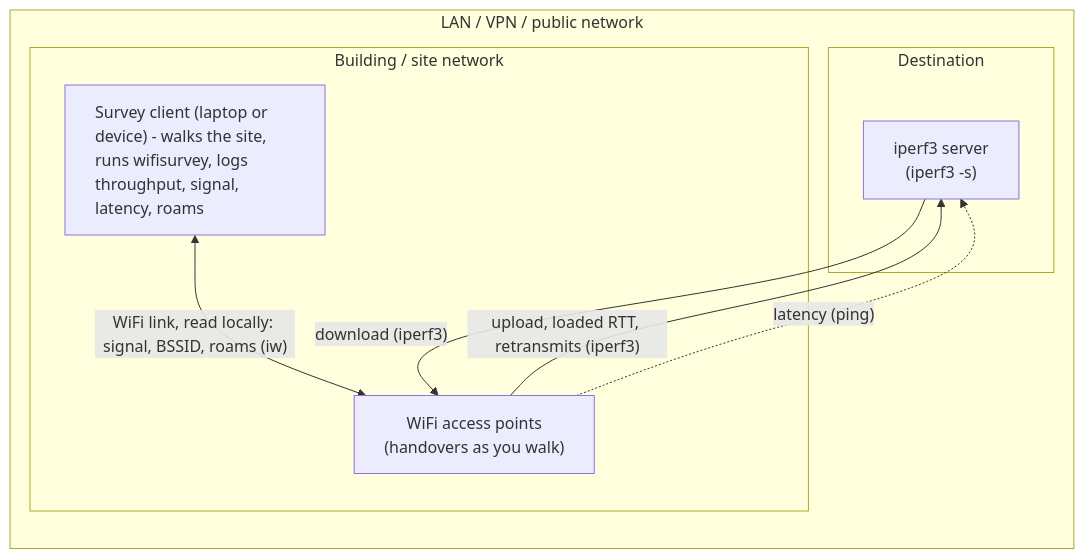
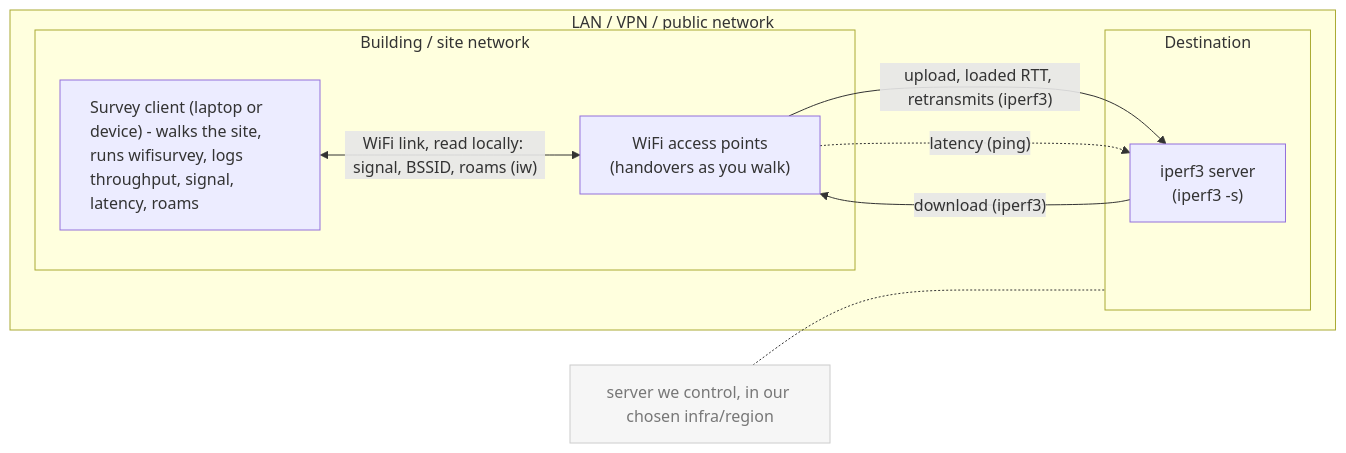
The diagram in README.md (smallwat3r/wifisurvey), drawn with Mermaid before and after one commit.

Commit message:
Update graph

````diff
--- a/README.md
+++ b/README.md
@@ -23,18 +23,25 @@
 ```mermaid
 flowchart LR
     subgraph net["LAN / VPN / public network"]
         subgraph site["Building / site network"]
             dev["<div style='text-align:left'>Survey client (laptop or device) - walks the site, runs wifisurvey, logs throughput, signal, latency, roams</div>"]
             ap["WiFi access points<br/>(handovers as you walk)"]
         end
 
         subgraph infra["Destination"]
             srv["iperf3 server<br/>(iperf3 -s)"]
         end
     end
 
+    destNote["server we control, in our chosen infra/region"]
+
     dev <-- "WiFi link, read locally: signal, BSSID, roams (iw)" --> ap
     ap -- "upload, loaded RTT, retransmits (iperf3)" --> srv
     srv -- "download (iperf3)" --> ap
     ap -. "latency (ping)" .-> srv
+
+    destNote -.- infra
+
+    classDef note fill:#f6f6f6,stroke:#cccccc,color:#777777
+    class destNote note
 ```
````
